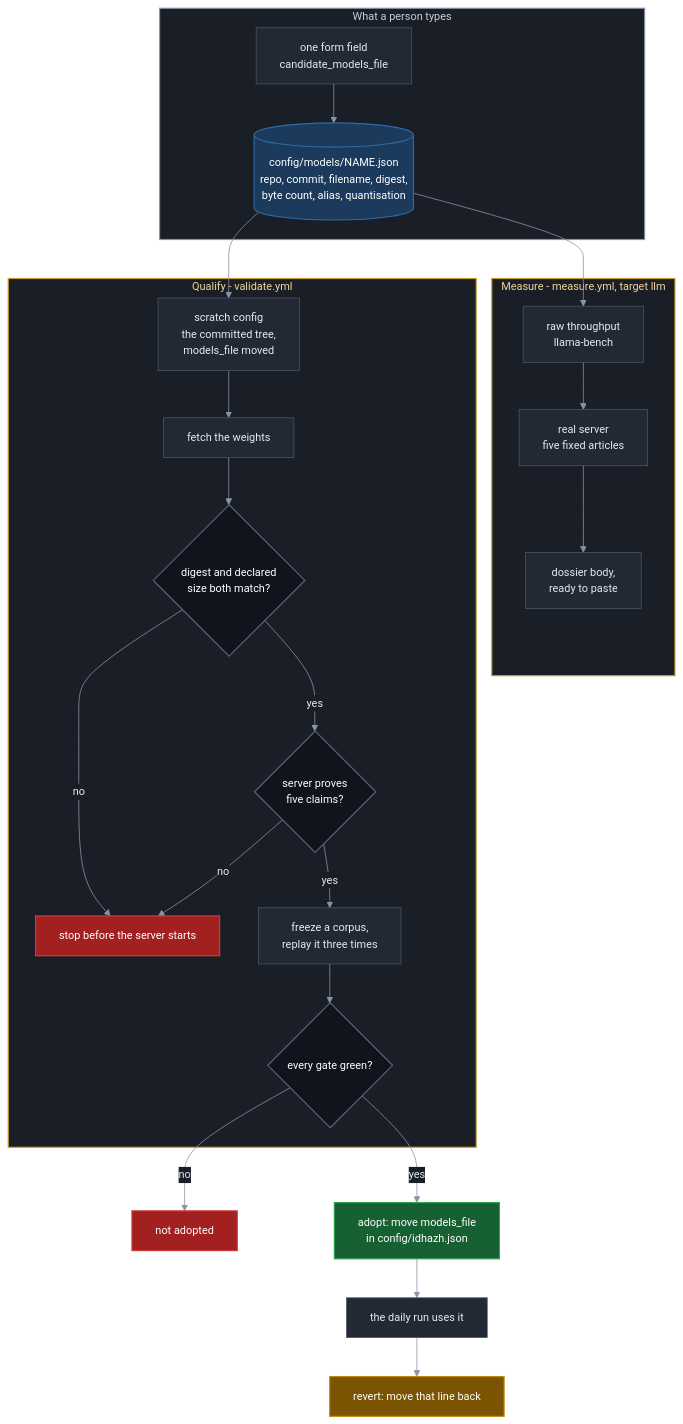
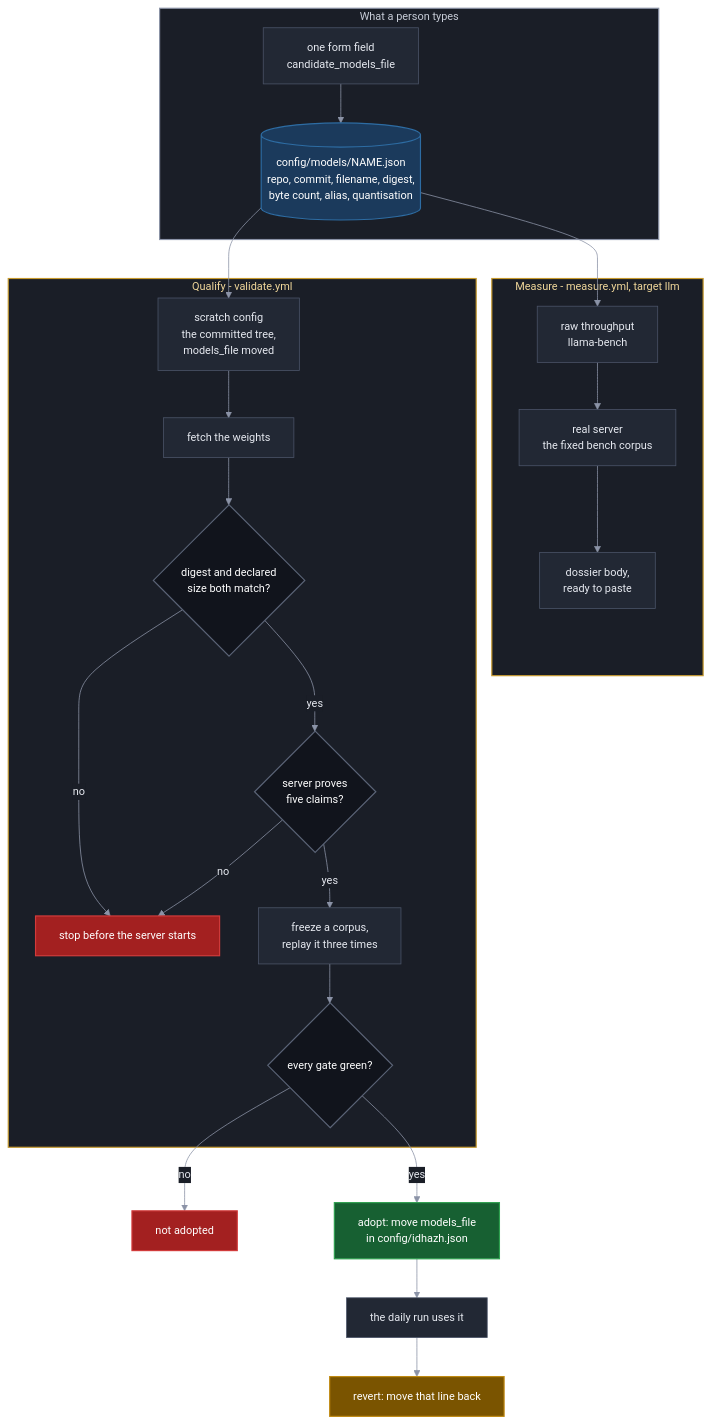
The fourth of 4 diagrams in docs/reference/github-actions.md (miztiik/yen-idhazh), drawn with Mermaid before and after one commit. The commit also changed other lines of this file and 17 other files, not shown here.

````diff
--- a/docs/reference/github-actions.md
+++ b/docs/reference/github-actions.md
@@ -529,47 +529,47 @@
 ```mermaid
 %%{init: {"theme": "base", "themeVariables": {"background": "#0f1117", "primaryColor": "#222834", "primaryTextColor": "#e6e9f0", "primaryBorderColor": "#4b5468", "lineColor": "#8b93a7", "textColor": "#e6e9f0", "clusterBkg": "#1a1e27", "clusterBorder": "#3a4254", "titleColor": "#e6e9f0", "edgeLabelBackground": "#1a1e27", "fontSize": "14px"}}}%%
 flowchart TB
  subgraph NAME["What a person types"]
   FORM["one form field<br/>candidate_models_file"] --> FILE[("config/models/NAME.json<br/>repo, commit, filename, digest,<br/>byte count, alias, quantisation")]
  end
 
  subgraph BENCH["Measure - measure.yml, target llm"]
   FILE --> RAW["raw throughput<br/>llama-bench"]
-  RAW --> SERVER["real server<br/>five fixed articles"]
+  RAW --> SERVER["real server<br/>the fixed bench corpus"]
   SERVER --> DOSSIER["dossier body,<br/>ready to paste"]
  end
 
  subgraph QUAL["Qualify - validate.yml"]
   FILE --> SCRATCH["scratch config<br/>the committed tree,<br/>models_file moved"]
   SCRATCH --> FETCH["fetch the weights"]
   FETCH --> IDENT{"digest and declared<br/>size both match?"}
   IDENT -->|"no"| STOP["stop before the server starts"]
   IDENT -->|"yes"| PROVE{"server proves<br/>five claims?"}
   PROVE -->|"no"| STOP
   PROVE -->|"yes"| REPLAY["freeze a corpus,<br/>replay it three times"]
   REPLAY --> GATES{"every gate green?"}
  end
 
  GATES -->|"no"| REJECT["not adopted"]
  GATES -->|"yes"| ADOPT["adopt: move models_file<br/>in config/idhazh.json"]
  ADOPT --> DAILY["the daily run uses it"]
  DAILY --> REVERT["revert: move that line back"]
 
  classDef stage fill:#222834,stroke:#4b5468,stroke-width:1px,color:#e6e9f0;
  classDef decision fill:#11141c,stroke:#5b6477,stroke-width:1.5px,color:#ffffff;
  classDef yes fill:#176032,stroke:#2ea04f,stroke-width:1.5px,color:#ffffff;
  classDef no fill:#a32020,stroke:#d23b3b,stroke-width:1.5px,color:#ffffff;
  classDef warn fill:#7a5400,stroke:#c08a12,stroke-width:1.5px,color:#ffffff;
  classDef store fill:#1b3a5c,stroke:#2d6ca3,stroke-width:1.5px,color:#ffffff;
  classDef sysEval fill:#1a1e27,stroke:#c79a2e,stroke-width:1.5px,color:#f0d79a;
  classDef sysOps fill:#1a1e27,stroke:#8b93a7,stroke-width:1.5px,color:#c8cdd8;
 
  class FORM,RAW,SERVER,DOSSIER,SCRATCH,FETCH,REPLAY,DAILY stage;
  class IDENT,PROVE,GATES decision;
  class FILE store;
  class ADOPT yes;
  class STOP,REJECT no;
  class REVERT warn;
  class NAME sysOps;
  class BENCH,QUAL sysEval;
 ```
````
